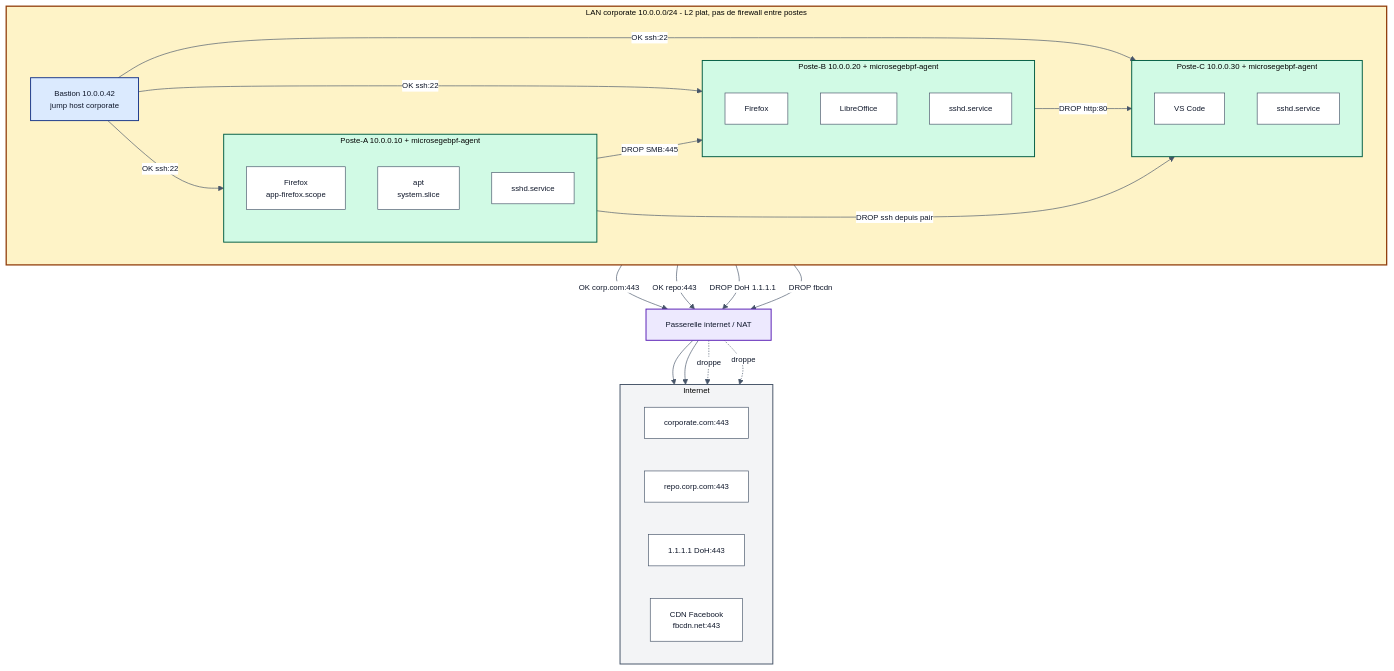
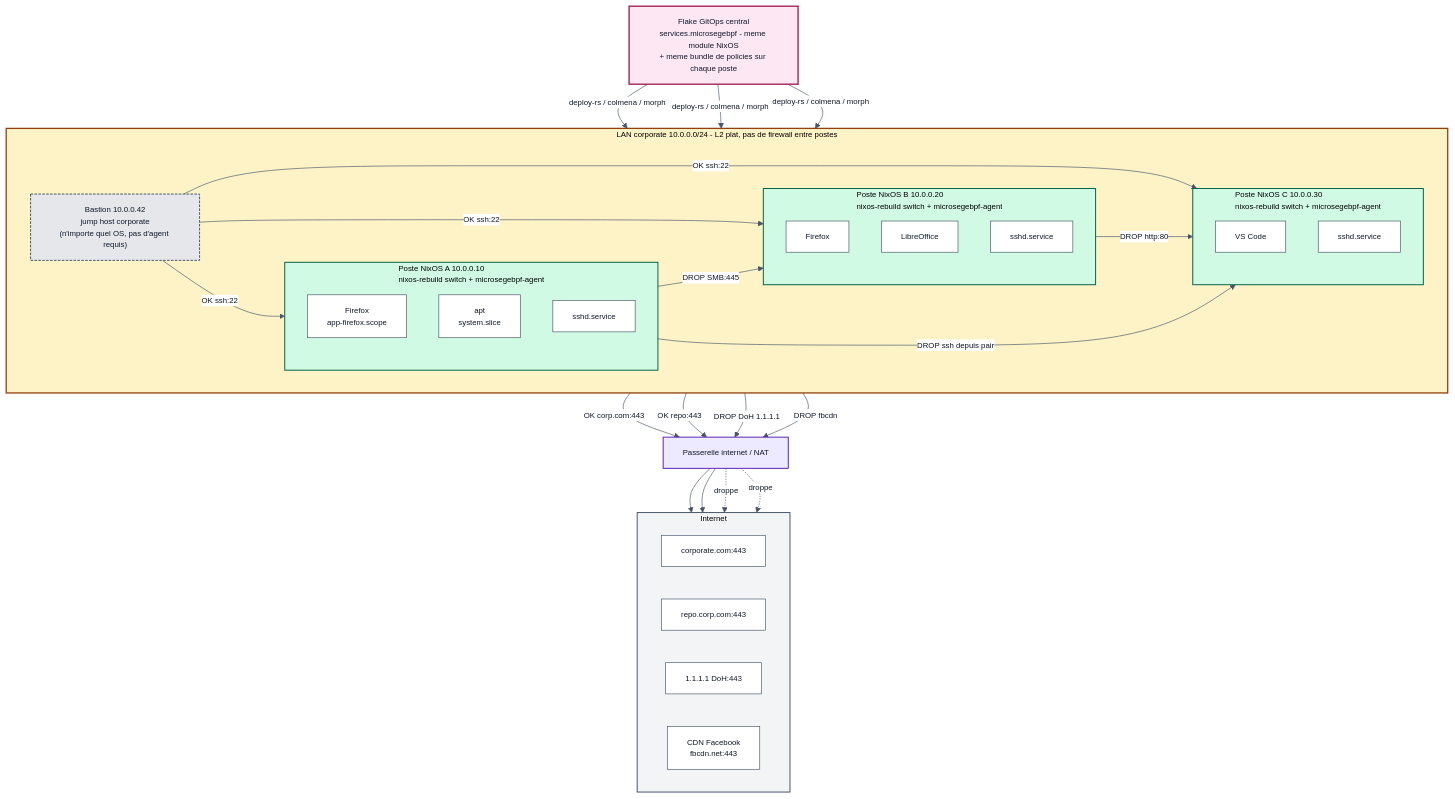
Before and after one commit to aambert/nixos-microsegebpf: the second of 2 diagrams in README.fr.md, drawn with Mermaid. The commit also changed other lines of this file and 1 other file, not shown here.

````diff
--- a/README.fr.md
+++ b/README.fr.md
@@ -150,62 +150,69 @@
 ```mermaid
 %%{init: {'theme':'base','themeVariables':{'primaryColor':'#FFFFFF','primaryTextColor':'#0F172A','primaryBorderColor':'#475569','lineColor':'#475569','fontFamily':'monospace','fontSize':'12px'}}}%%
 flowchart TB
 
+GIT["Flake GitOps central<br/>services.microsegebpf - meme module NixOS<br/>+ meme bundle de policies sur chaque poste"]
+
 subgraph LAN["LAN corporate 10.0.0.0/24 - L2 plat, pas de firewall entre postes"]
   direction LR
-  subgraph WSA["Poste-A 10.0.0.10 + microsegebpf-agent"]
+  subgraph WSA["Poste NixOS A 10.0.0.10<br/>nixos-rebuild switch + microsegebpf-agent"]
     direction TB
     A_FF["Firefox<br/>app-firefox.scope"]
     A_APT["apt<br/>system.slice"]
     A_SSH["sshd.service"]
   end
-  subgraph WSB["Poste-B 10.0.0.20 + microsegebpf-agent"]
+  subgraph WSB["Poste NixOS B 10.0.0.20<br/>nixos-rebuild switch + microsegebpf-agent"]
     direction TB
     B_FF["Firefox"]
     B_OFF["LibreOffice"]
     B_SSH["sshd.service"]
   end
-  subgraph WSC["Poste-C 10.0.0.30 + microsegebpf-agent"]
+  subgraph WSC["Poste NixOS C 10.0.0.30<br/>nixos-rebuild switch + microsegebpf-agent"]
     direction TB
     C_DEV["VS Code"]
     C_SSH["sshd.service"]
   end
-  BAS["Bastion 10.0.0.42<br/>jump host corporate"]
+  BAS["Bastion 10.0.0.42<br/>jump host corporate<br/>(n'importe quel OS, pas d'agent requis)"]
 end
 
 GW["Passerelle internet / NAT"]
 
 subgraph NET["Internet"]
   direction LR
   CORP["corporate.com:443"]
   REPO["repo.corp.com:443"]
   DOH["1.1.1.1 DoH:443"]
   FBC["CDN Facebook<br/>fbcdn.net:443"]
 end
+
+GIT -- "deploy-rs / colmena / morph" --> WSA
+GIT -- "deploy-rs / colmena / morph" --> WSB
+GIT -- "deploy-rs / colmena / morph" --> WSC
 
 WSA -- "DROP SMB:445" --> WSB
 WSA -- "DROP ssh depuis pair" --> WSC
 WSB -- "DROP http:80" --> WSC
 
 BAS -- "OK ssh:22" --> WSA
 BAS -- "OK ssh:22" --> WSB
 BAS -- "OK ssh:22" --> WSC
 
 A_FF -- "OK corp.com:443" --> GW
 A_APT -- "OK repo:443" --> GW
 B_FF -- "DROP DoH 1.1.1.1" --> GW
 B_FF -- "DROP fbcdn" --> GW
 
 GW --> CORP
 GW --> REPO
 GW -. droppe .-> DOH
 GW -. droppe .-> FBC
 
+style GIT fill:#FCE7F3,stroke:#9D174D,stroke-width:2px
 style LAN fill:#FEF3C7,stroke:#92400E,stroke-width:2px
 style WSA fill:#D1FAE5,stroke:#065F46,stroke-width:1.5px
 style WSB fill:#D1FAE5,stroke:#065F46,stroke-width:1.5px
 style WSC fill:#D1FAE5,stroke:#065F46,stroke-width:1.5px
-style BAS fill:#DBEAFE,stroke:#1E3A8A,stroke-width:1.5px
+style BAS fill:#E5E7EB,stroke:#475569,stroke-width:1.5px,stroke-dasharray: 4 2
 style GW fill:#EDE9FE,stroke:#5B21B6,stroke-width:1.5px
 style NET fill:#F3F4F6,stroke:#475569,stroke-width:1.5px
 ```
````
